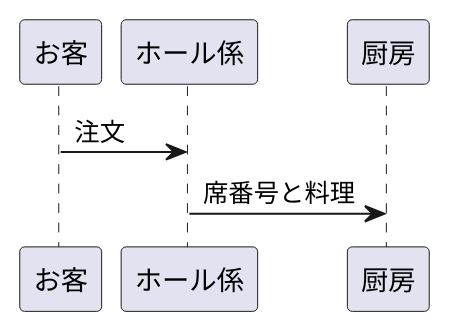
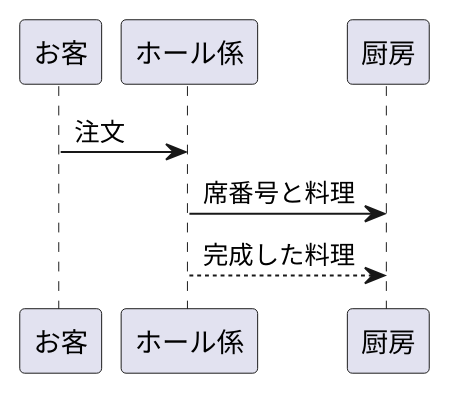
Before and after one commit to Aso2001403/2021sys-design: the diagram in kadai4-3.md, drawn with PlantUML.

````diff
--- a/kadai4-3.md
+++ b/kadai4-3.md
@@ -1,6 +1,7 @@
 ```uml
 @startuml
 お客 -> ホール係: 注文
 ホール係 -> 厨房: 席番号と料理
+厨房 <-- ホール係: 完成した料理
 @enduml
 ```
````
